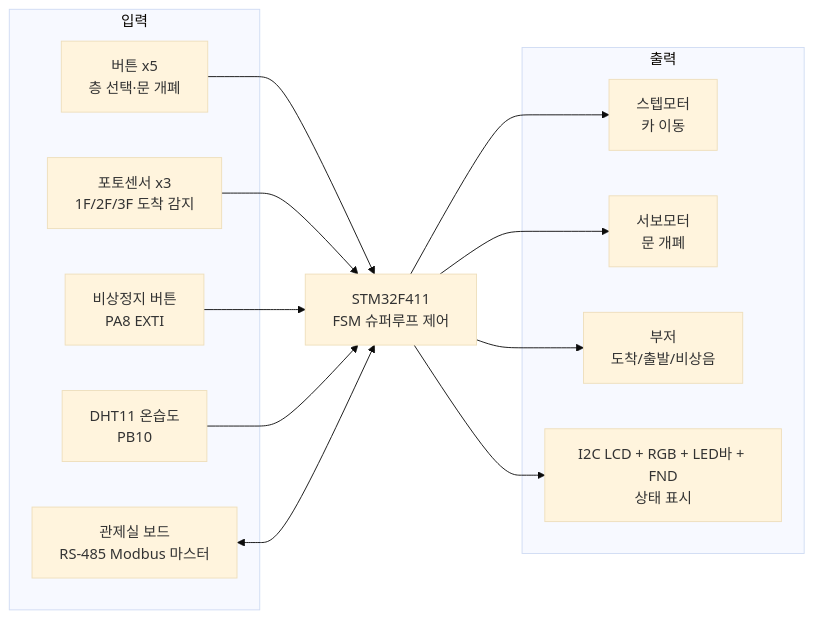
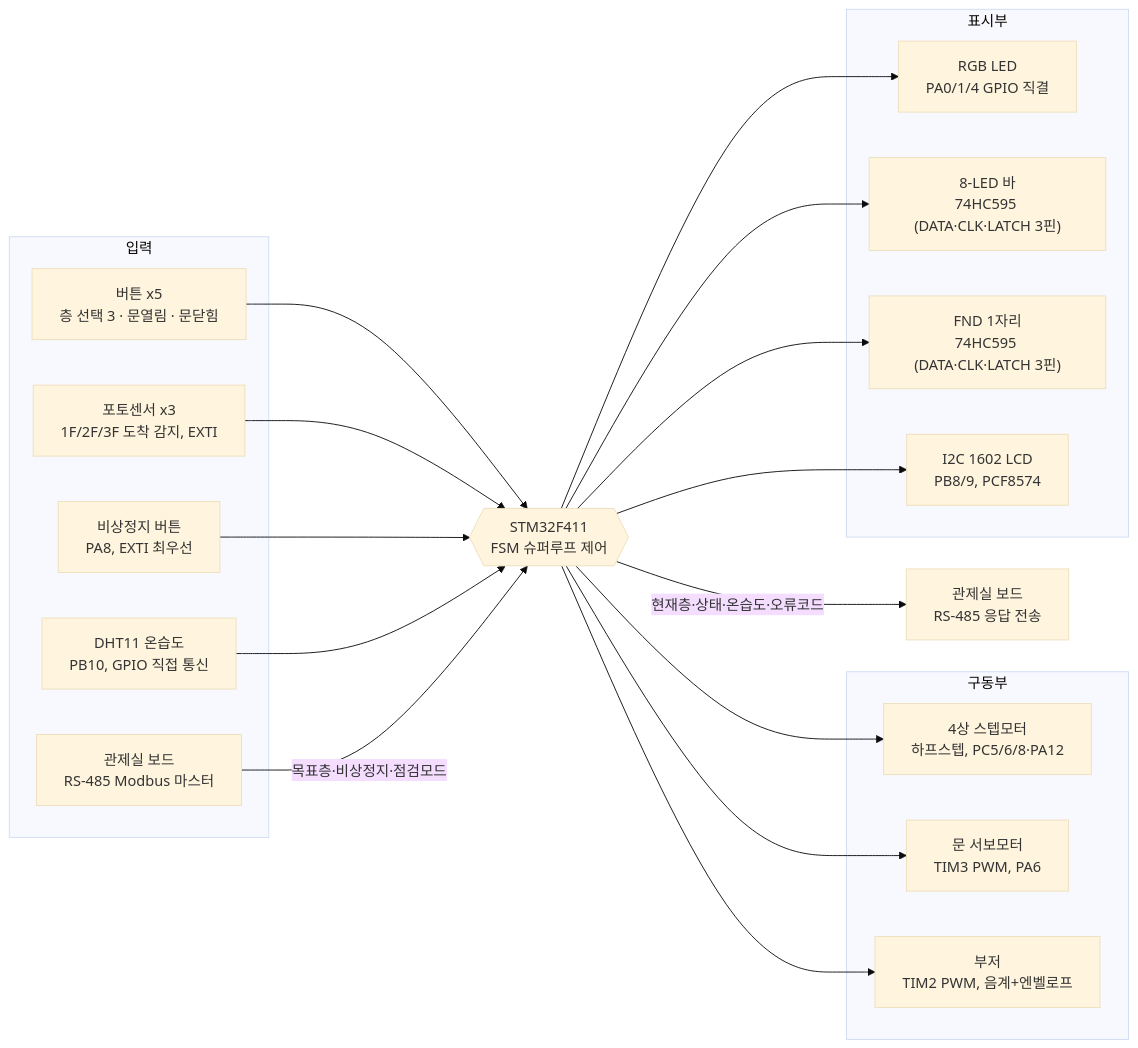
Before and after one commit to dlgus0630/Project02_Elevator: the first of 3 diagrams in README.md, drawn with Mermaid (base theme). The commit also changed other lines of this file, not shown here.

````diff
--- a/README.md
+++ b/README.md
@@ -120,26 +136,42 @@
 ```mermaid
 flowchart LR
     subgraph 입력
-        BTN[버튼 x5<br/>층 선택·문 개폐]
-        PHOTO[포토센서 x3<br/>1F/2F/3F 도착 감지]
-        EMG[비상정지 버튼<br/>PA8 EXTI]
-        DHT[DHT11 온습도<br/>PB10]
-        RS[관제실 보드<br/>RS-485 Modbus 마스터]
+        BTN[버튼 x5<br/>층 선택 3 · 문열림 · 문닫힘]
+        PHOTO[포토센서 x3<br/>1F/2F/3F 도착 감지, EXTI]
+        EMG[비상정지 버튼<br/>PA8, EXTI 최우선]
+        DHT[DHT11 온습도<br/>PB10, GPIO 직접 통신]
+        RS_IN[관제실 보드<br/>RS-485 Modbus 마스터]
     end
-    MCU[STM32F411<br/>FSM 슈퍼루프 제어]
-    subgraph 출력
-        MOTOR[스텝모터<br/>카 이동]
-        SERVO[서보모터<br/>문 개폐]
-        BUZ[부저<br/>도착/출발/비상음]
-        LCD[I2C LCD + RGB + LED바 + FND<br/>상태 표시]
+
+    MCU{{STM32F411<br/>FSM 슈퍼루프 제어}}
+
+    subgraph 구동부
+        MOTOR[4상 스텝모터<br/>하프스텝, PC5/6/8·PA12]
+        SERVO[문 서보모터<br/>TIM3 PWM, PA6]
+        BUZ[부저<br/>TIM2 PWM, 음계+엔벨로프]
     end
+
+    subgraph 표시부
+        RGB[RGB LED<br/>PA0/1/4 GPIO 직결]
+        LEDBAR["8-LED 바<br/>74HC595 (DATA·CLK·LATCH 3핀)"]
+        FND["FND 1자리<br/>74HC595 (DATA·CLK·LATCH 3핀)"]
+        LCD[I2C 1602 LCD<br/>PB8/9, PCF8574]
+    end
+
+    RS_OUT[관제실 보드<br/>RS-485 응답 전송]
+
     BTN --> MCU
     PHOTO --> MCU
     EMG --> MCU
     DHT --> MCU
-    RS <--> MCU
+    RS_IN -- 목표층·비상정지·점검모드 --> MCU
+
     MCU --> MOTOR
     MCU --> SERVO
     MCU --> BUZ
+    MCU --> RGB
+    MCU --> LEDBAR
+    MCU --> FND
     MCU --> LCD
+    MCU -- 현재층·상태·온습도·오류코드 --> RS_OUT
 ```
````
